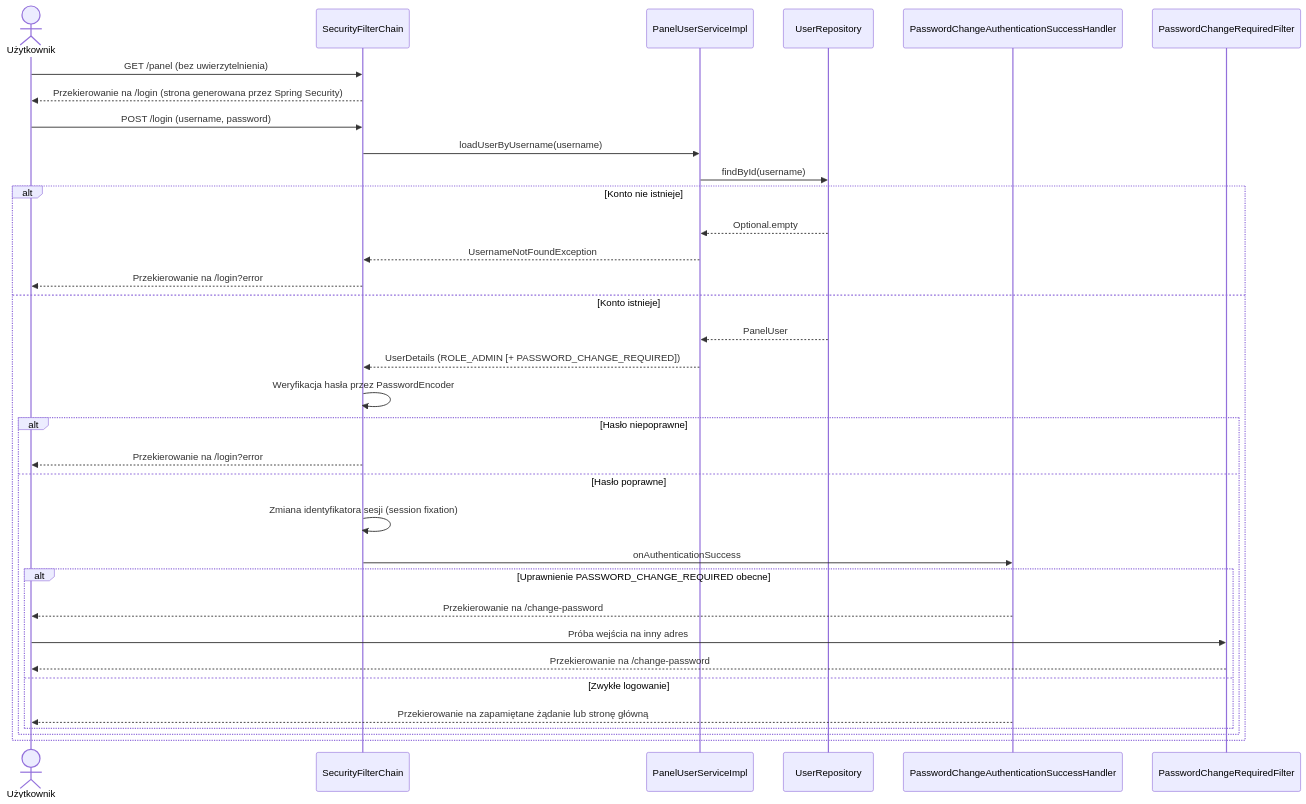
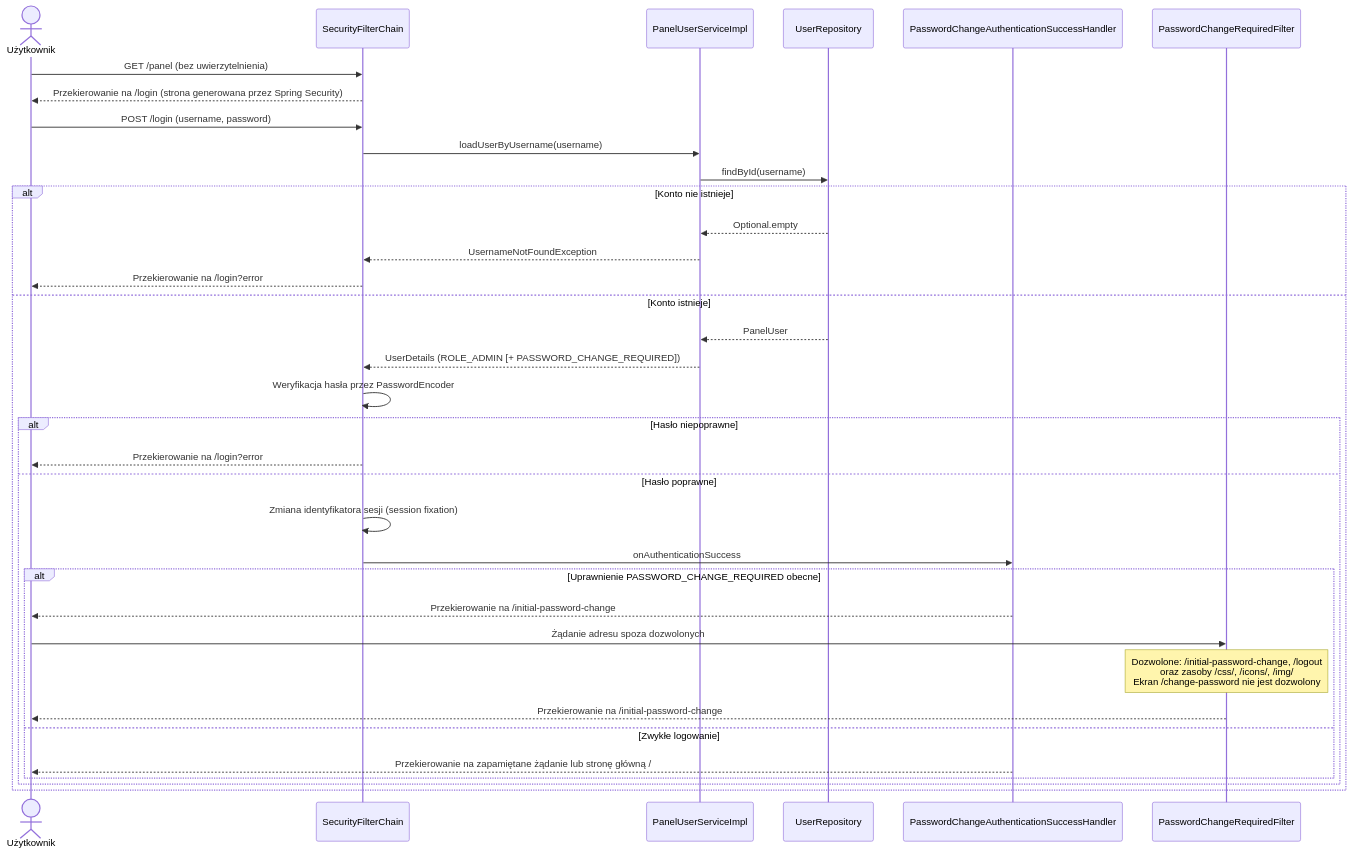
The diagram in dokumentacja/diagramy/authentication/przeplyw-logowanie.mmd (Pplociennik/vDeck), drawn with Mermaid before and after one commit. The commit also changed 57 other files, not shown here.

```diff
--- a/dokumentacja/diagramy/authentication/przeplyw-logowanie.mmd
+++ b/dokumentacja/diagramy/authentication/przeplyw-logowanie.mmd
@@ -1,36 +1,37 @@
 %% Diagram przepływu: logowanie do panelu i skierowanie do wymuszonej zmiany hasła
 sequenceDiagram
     actor Uzytkownik as Użytkownik
     participant Chain as SecurityFilterChain
     participant Service as PanelUserServiceImpl
     participant Repo as UserRepository
     participant Handler as PasswordChangeAuthenticationSuccessHandler
     participant Filter as PasswordChangeRequiredFilter
 
     Uzytkownik->>Chain: GET /panel (bez uwierzytelnienia)
     Chain-->>Uzytkownik: Przekierowanie na /login (strona generowana przez Spring Security)
     Uzytkownik->>Chain: POST /login (username, password)
     Chain->>Service: loadUserByUsername(username)
     Service->>Repo: findById(username)
     alt Konto nie istnieje
         Repo-->>Service: Optional.empty
         Service-->>Chain: UsernameNotFoundException
         Chain-->>Uzytkownik: Przekierowanie na /login?error
     else Konto istnieje
         Repo-->>Service: PanelUser
         Service-->>Chain: UserDetails (ROLE_ADMIN [+ PASSWORD_CHANGE_REQUIRED])
         Chain->>Chain: Weryfikacja hasła przez PasswordEncoder
         alt Hasło niepoprawne
             Chain-->>Uzytkownik: Przekierowanie na /login?error
         else Hasło poprawne
             Chain->>Chain: Zmiana identyfikatora sesji (session fixation)
             Chain->>Handler: onAuthenticationSuccess
             alt Uprawnienie PASSWORD_CHANGE_REQUIRED obecne
-                Handler-->>Uzytkownik: Przekierowanie na /change-password
-                Uzytkownik->>Filter: Próba wejścia na inny adres
-                Filter-->>Uzytkownik: Przekierowanie na /change-password
+                Handler-->>Uzytkownik: Przekierowanie na /initial-password-change
+                Uzytkownik->>Filter: Żądanie adresu spoza dozwolonych
+                Note over Filter: Dozwolone: /initial-password-change, /logout<br/>oraz zasoby /css/, /icons/, /img/<br/>Ekran /change-password nie jest dozwolony
+                Filter-->>Uzytkownik: Przekierowanie na /initial-password-change
             else Zwykłe logowanie
-                Handler-->>Uzytkownik: Przekierowanie na zapamiętane żądanie lub stronę główną
+                Handler-->>Uzytkownik: Przekierowanie na zapamiętane żądanie lub stronę główną /
             end
         end
     end
```
